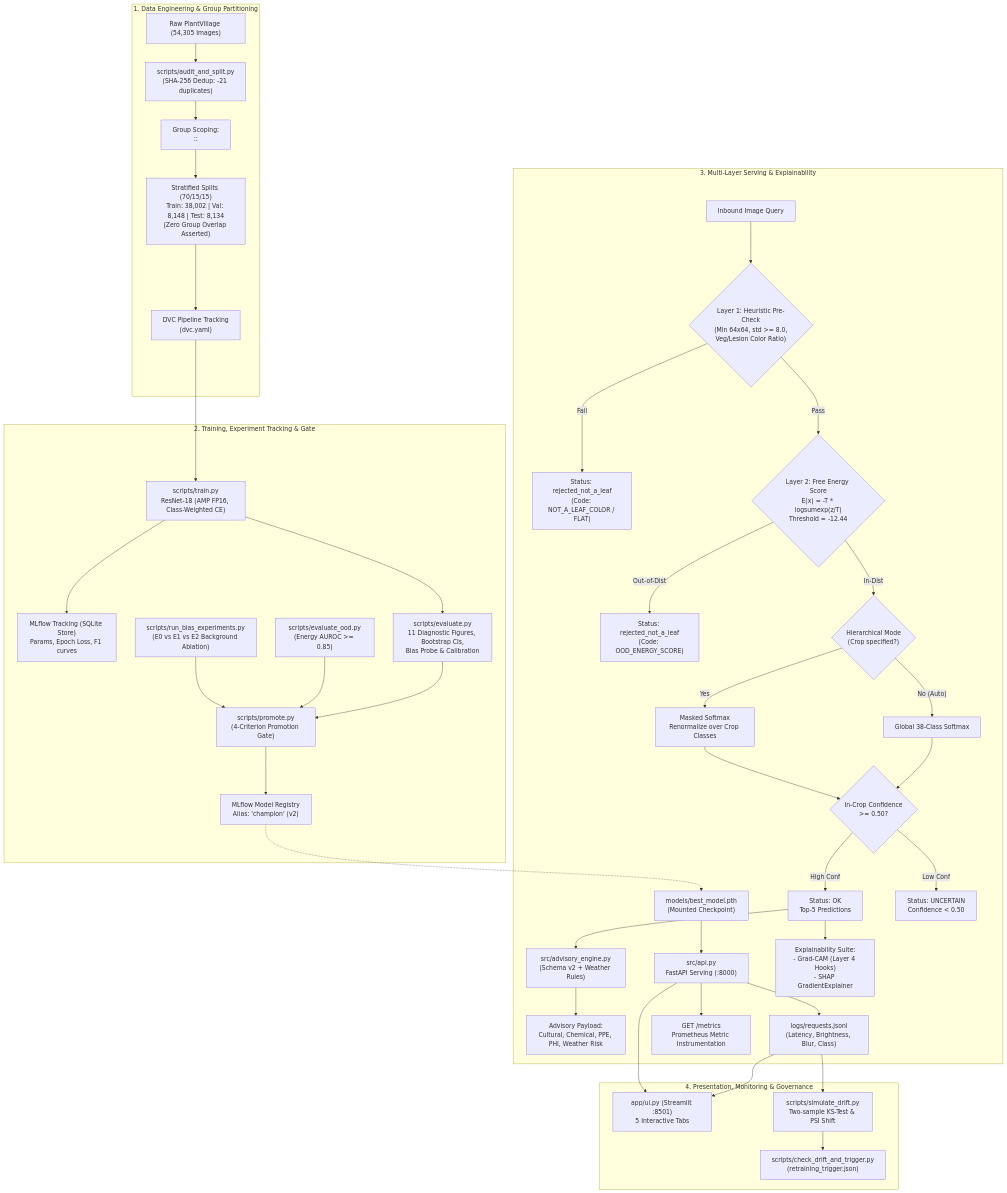
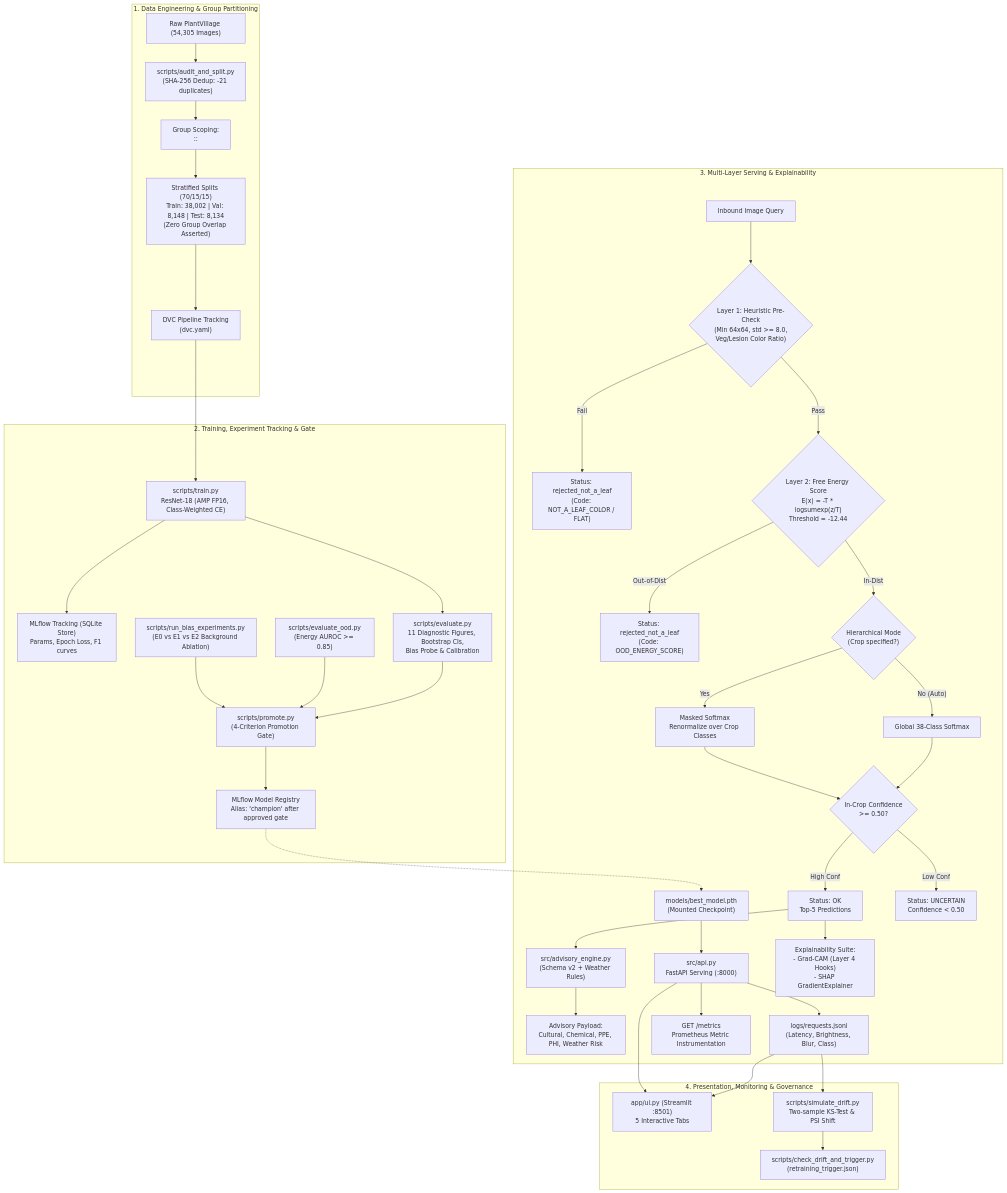
The first of 2 diagrams in docs/ARCHITECTURE.md (vedantn03/plant_disease), drawn with Mermaid before and after one commit. The commit also changed other lines of this file and 28 other files, not shown here.

````diff
--- a/docs/ARCHITECTURE.md
+++ b/docs/ARCHITECTURE.md
@@ -13,55 +13,55 @@
 ```mermaid
 flowchart TD
     subgraph Data_Engineering["1. Data Engineering & Group Partitioning"]
         Raw["Raw PlantVillage (54,305 Images)"] --> Audit["scripts/audit_and_split.py\n(SHA-256 Dedup: -21 duplicates)"]
         Audit --> ScopedGroup["Group Scoping:\n<crop>::<id>"]
         ScopedGroup --> Splits["Stratified Splits (70/15/15)\nTrain: 38,002 | Val: 8,148 | Test: 8,134\n(Zero Group Overlap Asserted)"]
         Splits --> DVC["DVC Pipeline Tracking\n(dvc.yaml)"]
     end
 
     subgraph Training_MLOps["2. Training, Experiment Tracking & Gate"]
         DVC --> Train["scripts/train.py\nResNet-18 (AMP FP16, Class-Weighted CE)"]
         Train --> MLflow["MLflow Tracking (SQLite Store)\nParams, Epoch Loss, F1 curves"]
         Train --> Eval["scripts/evaluate.py\n11 Diagnostic Figures, Bootstrap CIs,\nBias Probe & Calibration"]
         BiasExp["scripts/run_bias_experiments.py\n(E0 vs E1 vs E2 Background Ablation)"] --> Gate["scripts/promote.py\n(4-Criterion Promotion Gate)"]
         OODEval["scripts/evaluate_ood.py\n(Energy AUROC >= 0.85)"] --> Gate
         Eval --> Gate
-        Gate --> Registry["MLflow Model Registry\nAlias: 'champion' (v2)"]
+        Gate --> Registry["MLflow Model Registry\nAlias: 'champion' after approved gate"]
     end
 
     subgraph Serving_Layer["3. Multi-Layer Serving & Explainability"]
         Registry -.-> PthCheck["models/best_model.pth\n(Mounted Checkpoint)"]
         PthCheck --> API["src/api.py\nFastAPI Serving (:8000)"]
 
         InputImg["Inbound Image Query"] --> L1PreCheck{"Layer 1: Heuristic Pre-Check\n(Min 64x64, std >= 8.0,\nVeg/Lesion Color Ratio)"}
         L1PreCheck -- Fail --> RejL1["Status: rejected_not_a_leaf\n(Code: NOT_A_LEAF_COLOR / FLAT)"]
 
         L1PreCheck -- Pass --> L2Energy{"Layer 2: Free Energy Score\nE(x) = -T * logsumexp(z/T)\nThreshold = -12.44"}
         L2Energy -- Out-of-Dist --> RejL2["Status: rejected_not_a_leaf\n(Code: OOD_ENERGY_SCORE)"]
 
         L2Energy -- In-Dist --> CropSelect{"Hierarchical Mode\n(Crop specified?)"}
         CropSelect -- Yes --> MaskedSoftmax["Masked Softmax\nRenormalize over Crop Classes"]
         CropSelect -- No (Auto) --> GlobalSoftmax["Global 38-Class Softmax"]
 
         MaskedSoftmax --> ConfCheck{"In-Crop Confidence\n>= 0.50?"}
         GlobalSoftmax --> ConfCheck
 
         ConfCheck -- High Conf --> OkResp["Status: OK\nTop-5 Predictions"]
         ConfCheck -- Low Conf --> UncertResp["Status: UNCERTAIN\nConfidence < 0.50"]
 
         OkResp --> AdvEngine["src/advisory_engine.py\n(Schema v2 + Weather Rules)"]
         AdvEngine --> AdvCard["Advisory Payload:\nCultural, Chemical, PPE, PHI, Weather Risk"]
 
         OkResp --> Explainers["Explainability Suite:\n- Grad-CAM (Layer 4 Hooks)\n- SHAP GradientExplainer"]
 
         API --> JSONL["logs/requests.jsonl\n(Latency, Brightness, Blur, Class)"]
         API --> Prom["GET /metrics\nPrometheus Metric Instrumentation"]
     end
 
     subgraph User_Interface["4. Presentation, Monitoring & Governance"]
         API --> Streamlit["app/ui.py (Streamlit :8501)\n5 Interactive Tabs"]
         JSONL --> Streamlit
         JSONL --> Drift["scripts/simulate_drift.py\nTwo-sample KS-Test & PSI Shift"]
         Drift --> DriftTrigger["scripts/check_drift_and_trigger.py\n(retraining_trigger.json)"]
     end
 ```
````
